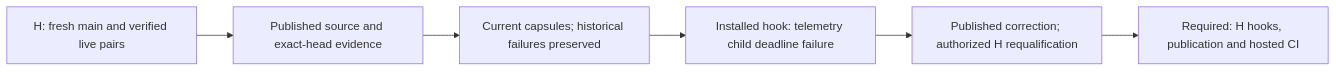
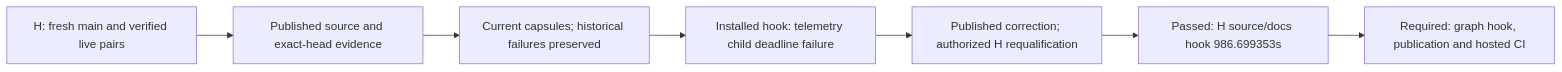
Before and after one commit to Resnovas/Eventiva: the second of 50 diagrams in docs/planning/timeline.md, drawn with Mermaid. The commit also changed other lines of this file and 1 other file, not shown here.

First line of the commit message:
chore(graphify): refresh qualification reconciliation graph

````diff
--- a/docs/planning/timeline.md
+++ b/docs/planning/timeline.md
@@ -47,8 +49,9 @@
 ```mermaid
 flowchart LR
     HStart["H: fresh main and verified live pairs"] --> HRead["Published source and exact-head evidence"]
     HRead --> HDocs["Current capsules; historical failures preserved"]
     HDocs --> HGate["Installed hook: telemetry child deadline failure"]
     HGate --> HResume["Published correction; authorized H requalification"]
-    HResume --> HOpen["Required: H hooks, publication and hosted CI"]
+    HResume --> HSource["Passed: H source/docs hook 986.699353s"]
+    HSource --> HOpen["Required: graph hook, publication and hosted CI"]
 ```
````
